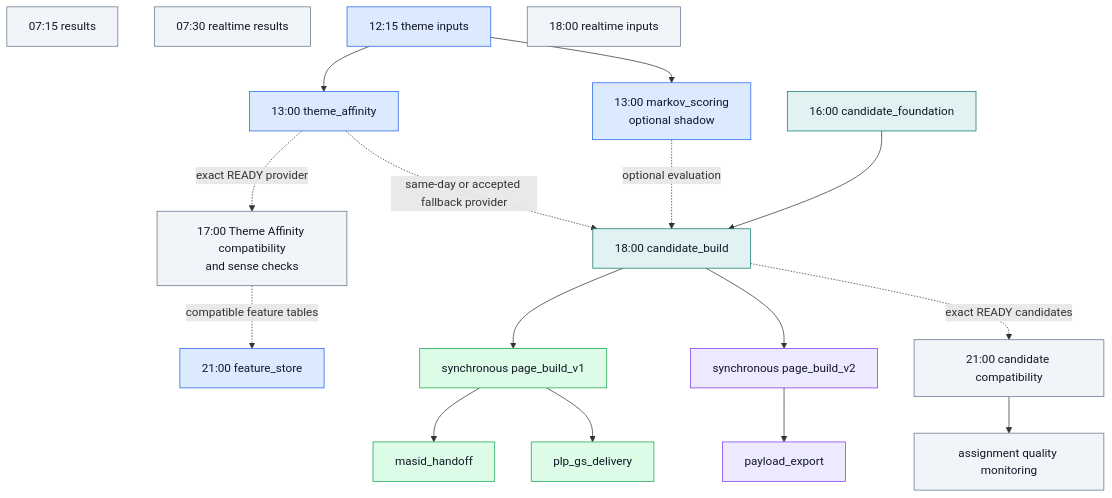
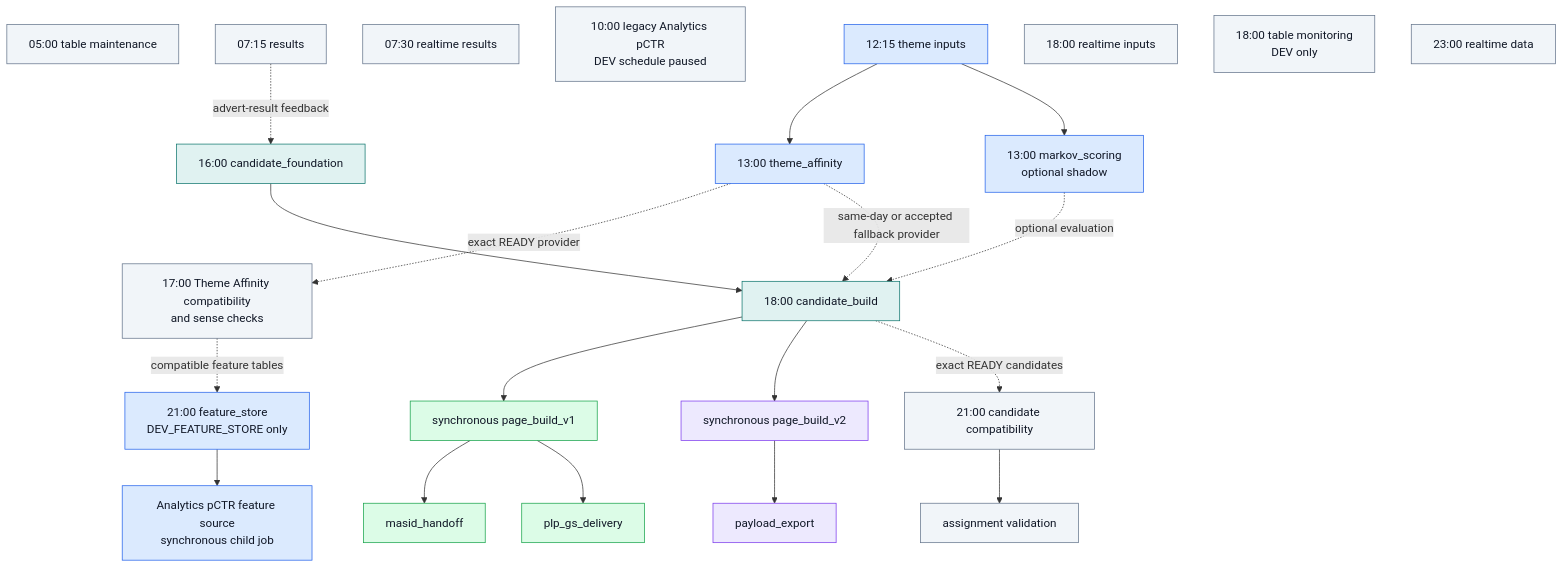
Before and after one commit to swblain-glyndwr/personal_project: the second of 7 diagrams in docs/CICD/nextads_databricks_runtime_map.md, drawn with Mermaid. The commit also changed other lines of this file and 16 other files, not shown here.

Commit message:
Refresh complete NextAds job and table documentation

````diff
--- a/docs/CICD/nextads_databricks_runtime_map.md
+++ b/docs/CICD/nextads_databricks_runtime_map.md
@@ -138,41 +138,48 @@
 ```mermaid
 flowchart TD
   classDef sharedModel fill:#dbeafe,stroke:#2563eb,color:#111827
   classDef sharedTask fill:#e0f2f1,stroke:#0f766e,color:#111827
   classDef v1 fill:#dcfce7,stroke:#16a34a,color:#111827
   classDef v2 fill:#ede9fe,stroke:#7c3aed,color:#111827
   classDef reporting fill:#f1f5f9,stroke:#64748b,color:#111827
 
+  maintenance["05:00 table maintenance"]:::reporting
   results["07:15 results"]:::reporting
   realtime_results["07:30 realtime results"]:::reporting
+  legacy_pctr["10:00 legacy Analytics pCTR<br/>DEV schedule paused"]:::reporting
   theme_inputs["12:15 theme inputs"]:::sharedModel
   theme_affinity["13:00 theme_affinity"]:::sharedModel
   markov["13:00 markov_scoring<br/>optional shadow"]:::sharedModel
   theme_compat["17:00 Theme Affinity compatibility<br/>and sense checks"]:::reporting
   candidate_foundation["16:00 candidate_foundation"]:::sharedTask
   candidate["18:00 candidate_build"]:::sharedTask
   candidate_compat["21:00 candidate compatibility"]:::reporting
   realtime_inputs["18:00 realtime inputs"]:::reporting
+  table_monitor["18:00 table monitoring<br/>DEV only"]:::reporting
   page_build["synchronous page_build_v1"]:::v1
   page_build_v2["synchronous page_build_v2"]:::v2
-  qa["assignment quality monitoring"]:::reporting
+  assignment_validation["assignment validation"]:::reporting
   masid["masid_handoff"]:::v1
   payload["payload_export"]:::v2
   plp["plp_gs_delivery"]:::v1
-  feature_store["21:00 feature_store"]:::sharedModel
+  feature_store["21:00 feature_store<br/>DEV_FEATURE_STORE only"]:::sharedModel
+  analytics_source["Analytics pCTR feature source<br/>synchronous child job"]:::sharedModel
+  realtime_data["23:00 realtime data"]:::reporting
 
   theme_inputs --> theme_affinity
   theme_inputs --> markov
+  results -. advert-result feedback .-> candidate_foundation
   theme_affinity -. exact READY provider .-> theme_compat
   theme_affinity -. same-day or accepted fallback provider .-> candidate
   candidate_foundation --> candidate
   markov -. optional evaluation .-> candidate
   candidate --> page_build
   candidate --> page_build_v2
   candidate -. exact READY candidates .-> candidate_compat
-  candidate_compat --> qa
+  candidate_compat --> assignment_validation
   page_build --> masid
   page_build --> plp
   page_build_v2 --> payload
   theme_compat -. compatible feature tables .-> feature_store
+  feature_store --> analytics_source
 ```
````
